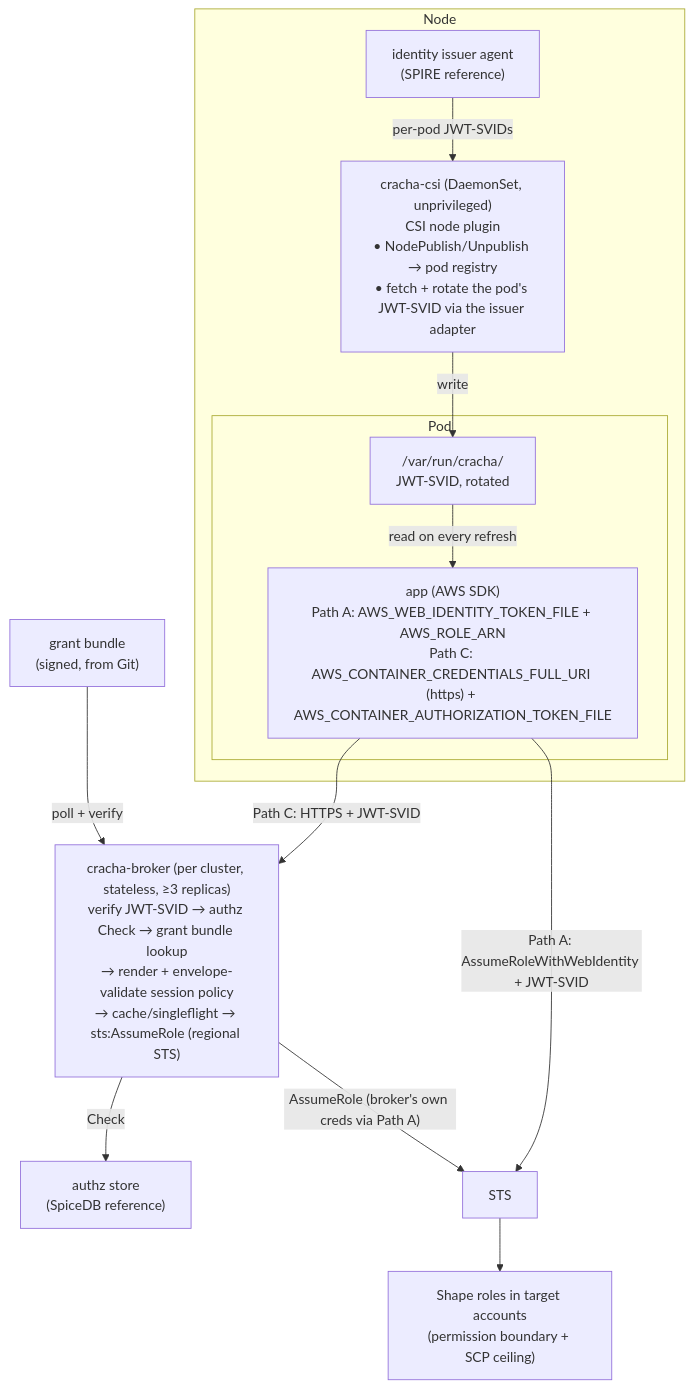
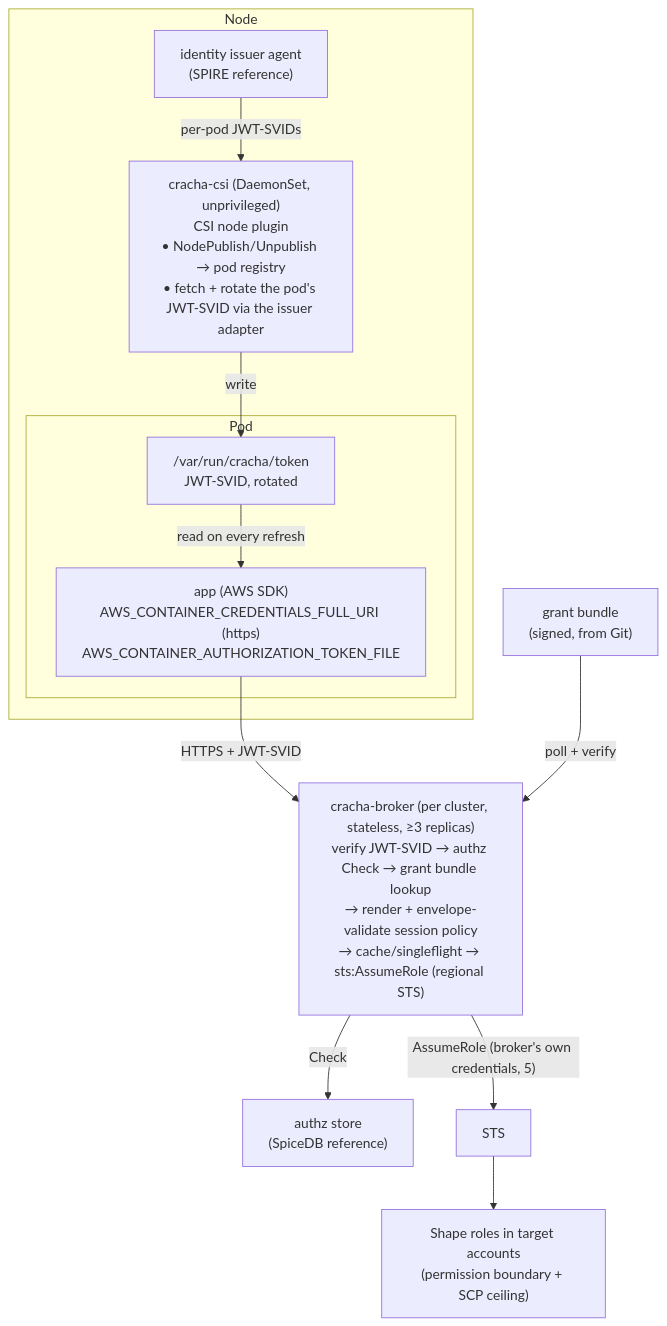
One commit to bpalermo/cracha changed the first of 2 diagrams in docs/design.md. Above: the diagram before and after it, drawn with Mermaid. The commit also changed other lines of this file, not shown here.

First line of the commit message:
Collapse to a single broker path with one shape per workload

````diff
--- a/docs/design.md
+++ b/docs/design.md
@@ -42,25 +40,24 @@
 ```mermaid
 flowchart TB
     subgraph k8snode["Node"]
         subgraph pod["Pod"]
-            app["app (AWS SDK)<br/>Path A: AWS_WEB_IDENTITY_TOKEN_FILE + AWS_ROLE_ARN<br/>Path C: AWS_CONTAINER_CREDENTIALS_FULL_URI (https) + AWS_CONTAINER_AUTHORIZATION_TOKEN_FILE"]
-            files["/var/run/cracha/<br/>JWT-SVID, rotated"]
+            app["app (AWS SDK)<br/>AWS_CONTAINER_CREDENTIALS_FULL_URI (https)<br/>AWS_CONTAINER_AUTHORIZATION_TOKEN_FILE"]
+            files["/var/run/cracha/token<br/>JWT-SVID, rotated"]
             files -->|read on every refresh| app
         end
         agent["cracha-csi (DaemonSet, unprivileged)<br/>CSI node plugin<br/>• NodePublish/Unpublish → pod registry<br/>• fetch + rotate the pod's JWT-SVID via the issuer adapter"]
         issuer["identity issuer agent<br/>(SPIRE reference)"]
         issuer -->|"per-pod JWT-SVIDs"| agent
         agent -->|write| files
     end
     broker["cracha-broker (per cluster, stateless, ≥3 replicas)<br/>verify JWT-SVID → authz Check → grant bundle lookup<br/>→ render + envelope-validate session policy<br/>→ cache/singleflight → sts:AssumeRole (regional STS)"]
     authz["authz store<br/>(SpiceDB reference)"]
     bundle["grant bundle<br/>(signed, from Git)"]
     sts["STS"]
     shapes["Shape roles in target accounts<br/>(permission boundary + SCP ceiling)"]
-    app -->|"Path C: HTTPS + JWT-SVID"| broker
-    app -->|"Path A: AssumeRoleWithWebIdentity + JWT-SVID"| sts
+    app -->|"HTTPS + JWT-SVID"| broker
     broker -->|Check| authz
     bundle -->|poll + verify| broker
-    broker -->|"AssumeRole (broker's own creds via Path A)"| sts
+    broker -->|"AssumeRole (broker's own credentials, 5)"| sts
     sts --> shapes
 ```
````
